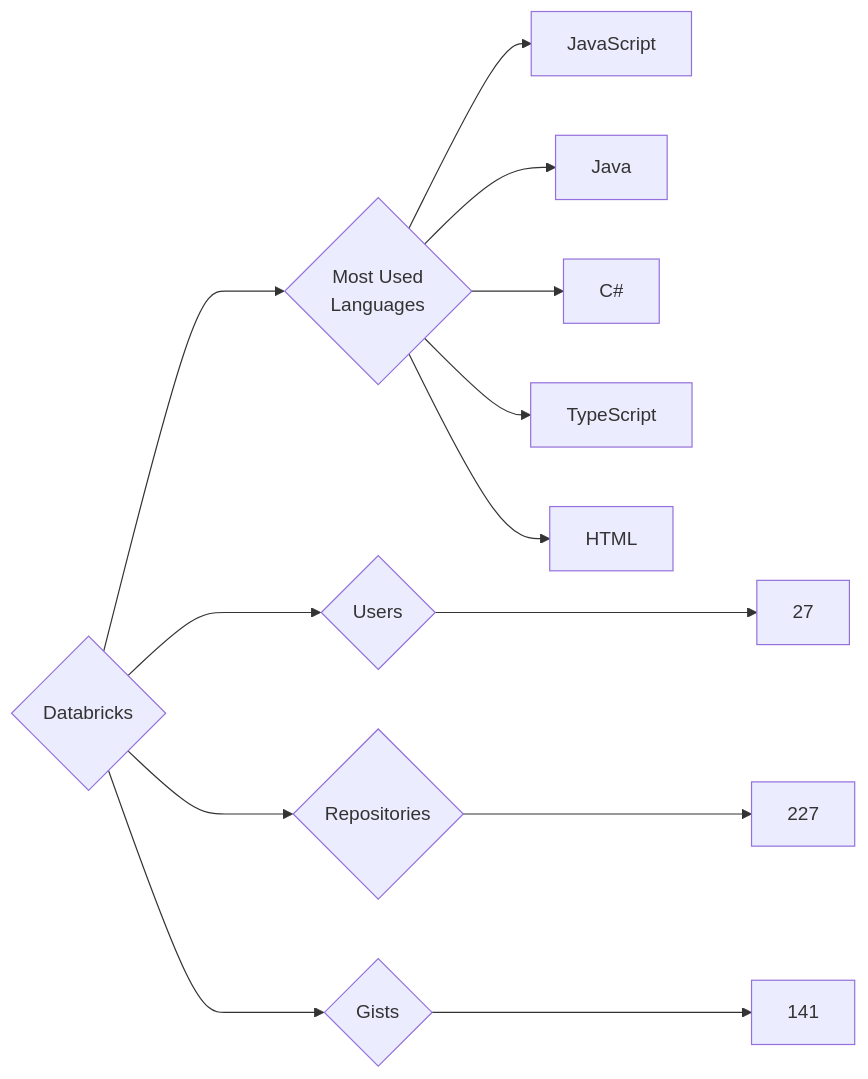
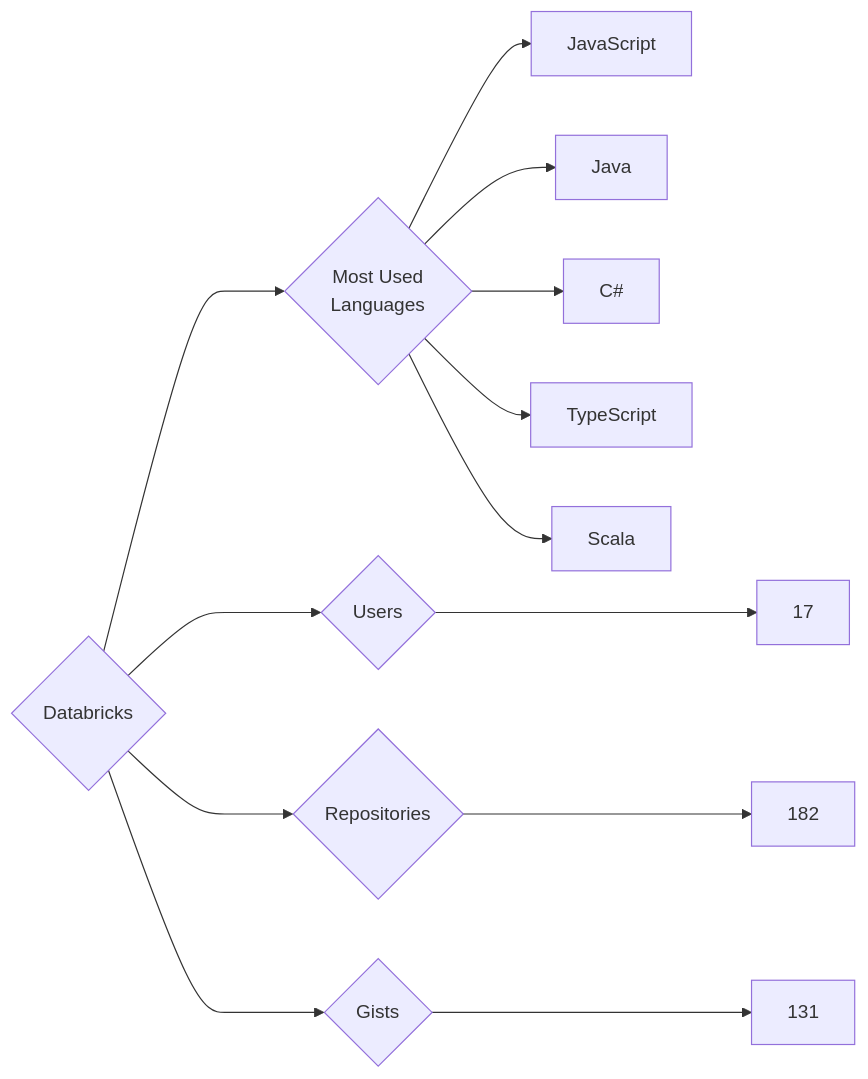
The diagram in targets/Databricks/README.md (trickest/insiders), drawn with Mermaid before and after one commit. The commit also changed 693 other files, not shown here.

````diff
--- a/targets/Databricks/README.md
+++ b/targets/Databricks/README.md
@@ -3,13 +3,13 @@
 ```mermaid
 graph LR
 COMPANY_NAME{Databricks}
-COMPANY_NAME ---> U{Users} ---> UN[27]
-COMPANY_NAME ---> R{Repositories} ---> RN[227]
-COMPANY_NAME ---> G{Gists} ---> GN[141]
+COMPANY_NAME ---> U{Users} ---> UN[17]
+COMPANY_NAME ---> R{Repositories} ---> RN[182]
+COMPANY_NAME ---> G{Gists} ---> GN[131]
 COMPANY_NAME ---> ML{Most Used<br>Languages}
 ML --> JavaScript[JavaScript]
 ML --> Java[Java]
 ML --> C#[C#]
 ML --> TypeScript[TypeScript]
-ML --> HTML[HTML]
+ML --> Scala[Scala]
 ```
````
